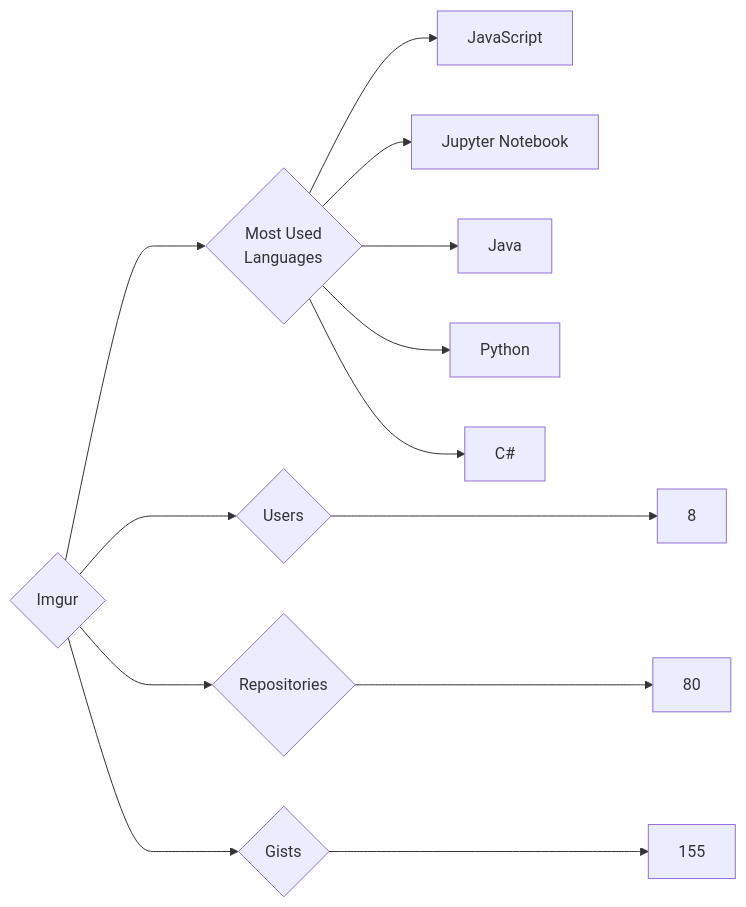
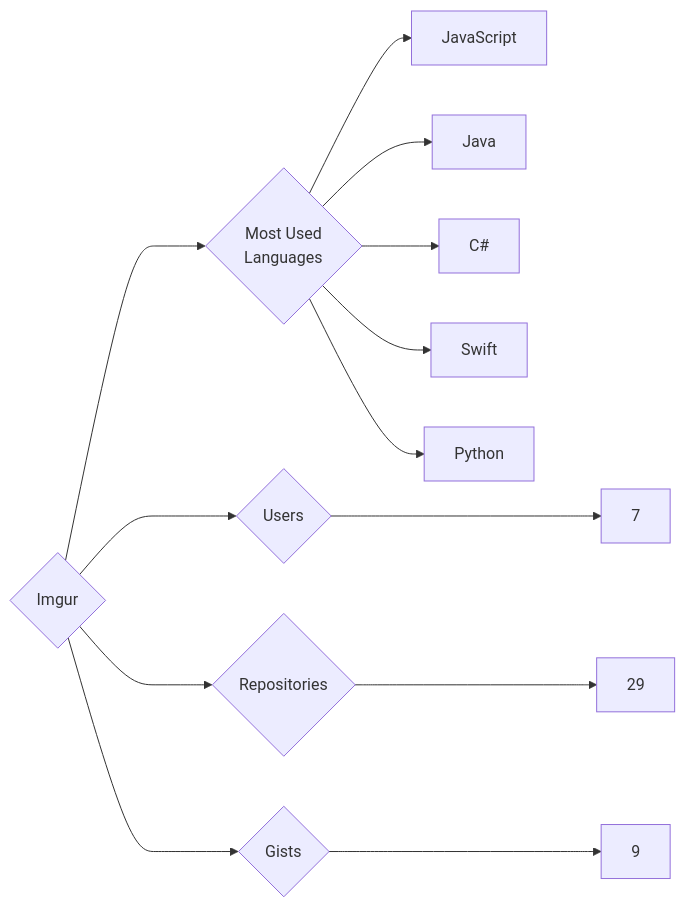
The diagram in targets/Imgur/README.md (trickest/insiders), drawn with Mermaid before and after one commit. The commit also changed 988 other files, not shown here.

````diff
--- a/targets/Imgur/README.md
+++ b/targets/Imgur/README.md
@@ -3,13 +3,13 @@
 ```mermaid
 graph LR
 COMPANY_NAME{Imgur}
-COMPANY_NAME ---> U{Users} ---> UN[8]
-COMPANY_NAME ---> R{Repositories} ---> RN[80]
-COMPANY_NAME ---> G{Gists} ---> GN[155]
+COMPANY_NAME ---> U{Users} ---> UN[7]
+COMPANY_NAME ---> R{Repositories} ---> RN[29]
+COMPANY_NAME ---> G{Gists} ---> GN[9]
 COMPANY_NAME ---> ML{Most Used<br>Languages}
 ML --> JavaScript[JavaScript]
-ML --> Jupyter_Notebook[Jupyter Notebook]
 ML --> Java[Java]
+ML --> C#[C#]
+ML --> Swift[Swift]
 ML --> Python[Python]
-ML --> C#[C#]
 ```
````
